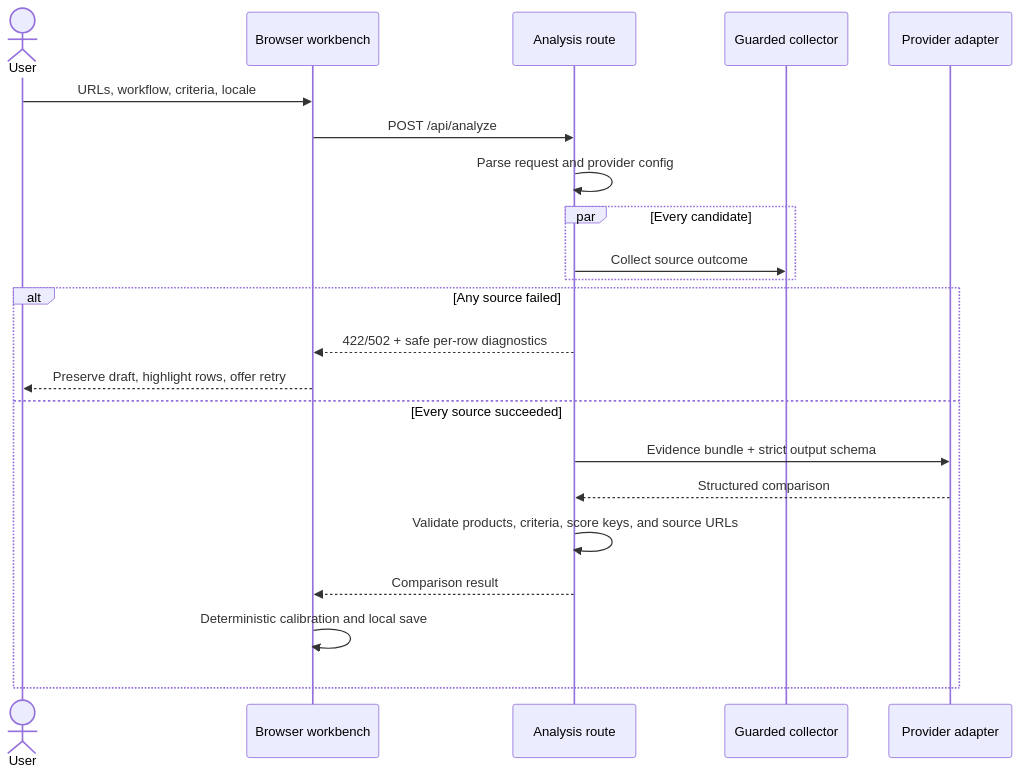
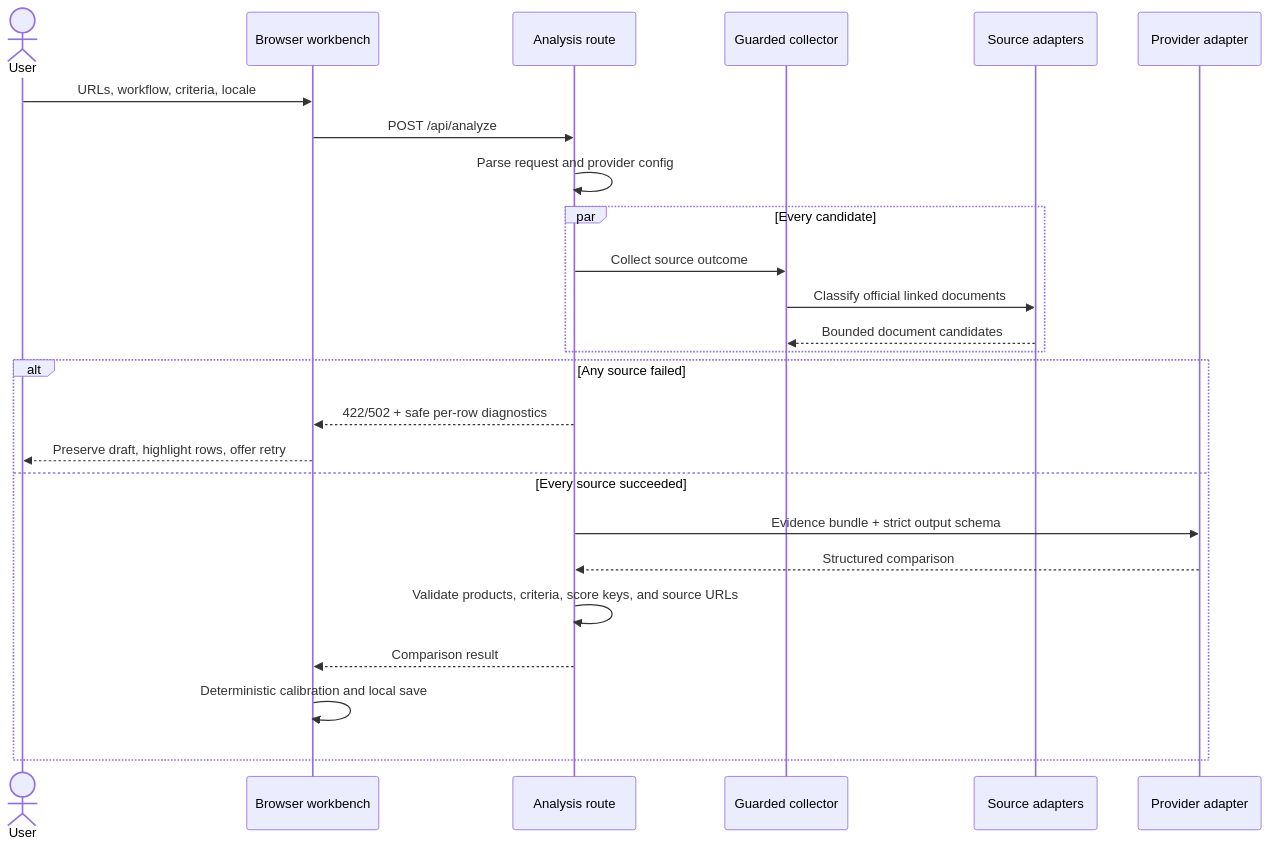
The first of 2 diagrams in docs/ARCHITECTURE.md (wp043/fitlens), drawn with Mermaid before and after one commit. The commit also changed other lines of this file and 8 other files, not shown here.

````diff
--- a/docs/ARCHITECTURE.md
+++ b/docs/ARCHITECTURE.md
@@ -78,25 +79,28 @@
 ```mermaid
 sequenceDiagram
     actor User
     participant UI as Browser workbench
     participant API as Analysis route
     participant Source as Guarded collector
+    participant Adapter as Source adapters
     participant Model as Provider adapter
 
     User->>UI: URLs, workflow, criteria, locale
     UI->>API: POST /api/analyze
     API->>API: Parse request and provider config
     par Every candidate
         API->>Source: Collect source outcome
+        Source->>Adapter: Classify official linked documents
+        Adapter-->>Source: Bounded document candidates
     end
     alt Any source failed
         API-->>UI: 422/502 + safe per-row diagnostics
         UI-->>User: Preserve draft, highlight rows, offer retry
     else Every source succeeded
         API->>Model: Evidence bundle + strict output schema
         Model-->>API: Structured comparison
         API->>API: Validate products, criteria, score keys, and source URLs
         API-->>UI: Comparison result
         UI->>UI: Deterministic calibration and local save
     end
 ```
````
